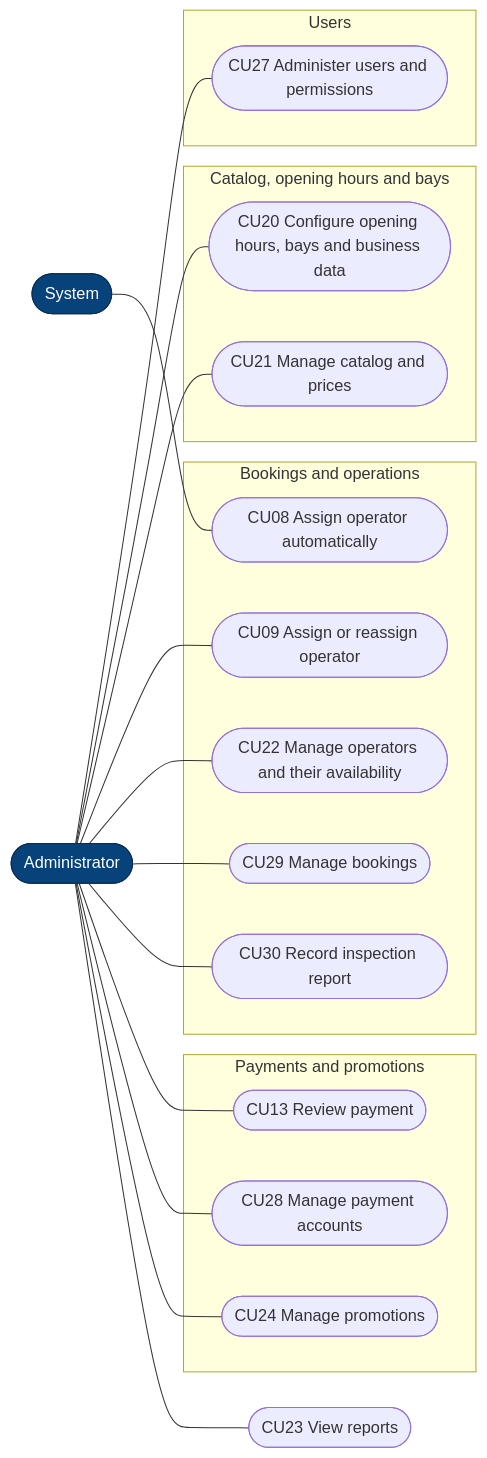
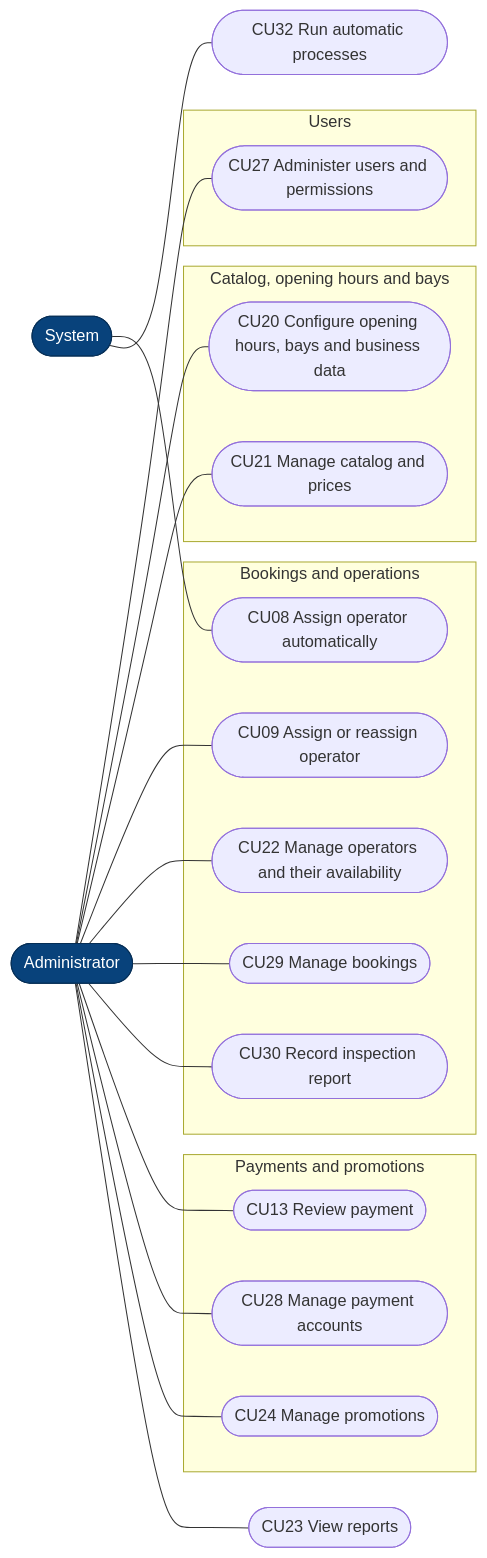
The fourth of 5 diagrams in 08-uml/diagrams/source/uc-actors.md (code-sena/vehicle-w-docs), drawn with Mermaid before and after one commit. The commit also changed other lines of this file and 2 other files, not shown here.

Commit message:
docs(uml): add CU31 and CU32 to the use cases and their backend mapping

````diff
--- a/08-uml/diagrams/source/uc-actors.md
+++ b/08-uml/diagrams/source/uc-actors.md
@@ -86,39 +88,41 @@
 ```mermaid
 flowchart LR
     A(["Administrator"])
     S(["System"])
     subgraph AUTH["Users"]
         CU27(["CU27 Administer users and permissions"])
     end
     subgraph CAT["Catalog, opening hours and bays"]
         CU20(["CU20 Configure opening hours, bays and business data"])
         CU21(["CU21 Manage catalog and prices"])
     end
     subgraph RES["Bookings and operations"]
         CU08(["CU08 Assign operator automatically"])
         CU09(["CU09 Assign or reassign operator"])
         CU22(["CU22 Manage operators and their availability"])
         CU29(["CU29 Manage bookings"])
         CU30(["CU30 Record inspection report"])
     end
     subgraph PAG["Payments and promotions"]
         CU13(["CU13 Review payment"])
         CU28(["CU28 Manage payment accounts"])
         CU24(["CU24 Manage promotions"])
     end
     CU23(["CU23 View reports"])
+    CU32(["CU32 Run automatic processes"])
     A --- CU27
     A --- CU20
     A --- CU21
     A --- CU09
     A --- CU22
     A --- CU29
     A --- CU30
     A --- CU13
     A --- CU28
     A --- CU24
     A --- CU23
     S --- CU08
+    S --- CU32
     classDef actor fill:#08427b,color:#fff,stroke:#052e56
     class A,S actor
 ```
````
